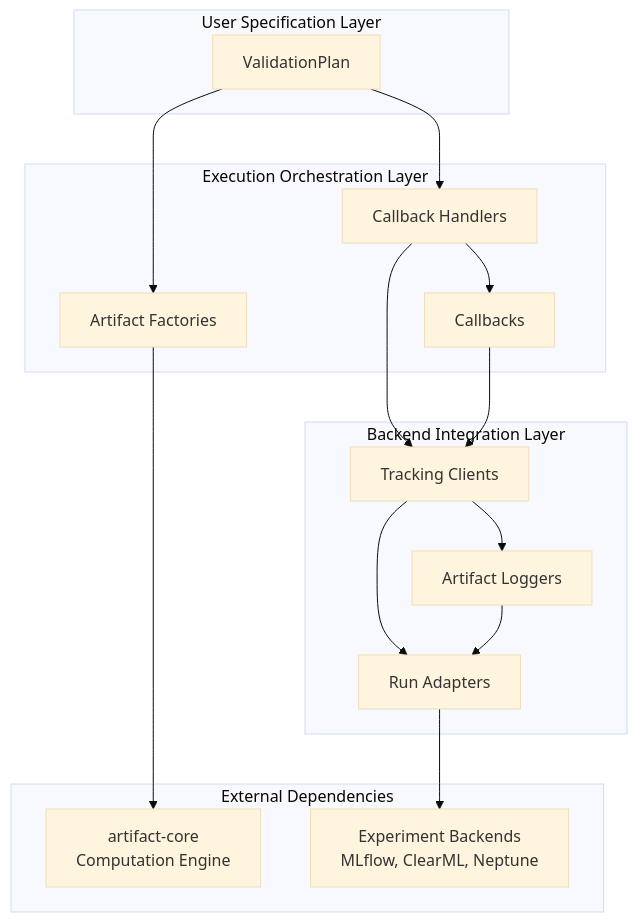
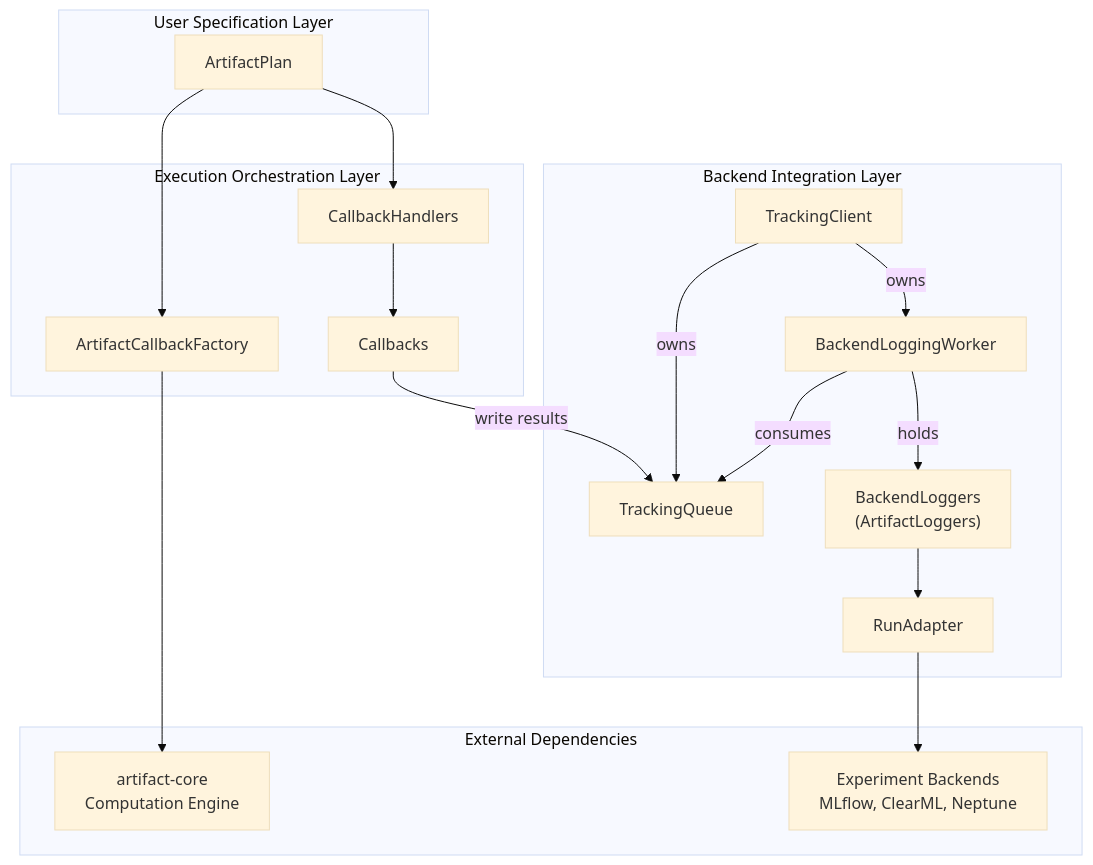
One commit to vasileios-ektor-papoulias/artifact-ml changed the diagram in artifact-experiment/docs/architecture.md. Above: the diagram before and after it, drawn with Mermaid (base theme). The commit also changed 3 other files, not shown here.

Commit message:
Fix artifact-experiment docs: correct plan and tracking client APIs, rewrite backend extension guide

````diff
--- a/artifact-experiment/docs/architecture.md
+++ b/artifact-experiment/docs/architecture.md
@@ -28,34 +28,37 @@
 ```mermaid
 graph TB
     subgraph "User Specification Layer"
-        VP[ValidationPlan]
+        AP[ArtifactPlan]
     end
     
     subgraph "Execution Orchestration Layer"  
-        AF[Artifact Factories]
+        ACF[ArtifactCallbackFactory]
         CB[Callbacks]
-        CBH[Callback Handlers]
+        CBH[CallbackHandlers]
     end
     
     subgraph "Backend Integration Layer"
-        RA[Run Adapters]
-        AL[Artifact Loggers]
-        TC[Tracking Clients]
+        TC[TrackingClient]
+        TQ[TrackingQueue]
+        BLW[BackendLoggingWorker]
+        AL["BackendLoggers<br/>(ArtifactLoggers)"]
+        RA[RunAdapter]
     end
     
     subgraph "External Dependencies"
         AC["artifact-core<br/>Computation Engine"]
         EB["Experiment Backends<br/>MLflow, ClearML, Neptune"]
     end
     
-    VP --> AF
-    VP --> CBH
+    AP --> ACF
+    AP --> CBH
     CBH --> CB
-    CBH --> TC
-    CB --> TC
-    TC --> AL
-    TC --> RA
+    ACF --> AC
+    CB -->|write results| TQ
+    TC -->|owns| TQ
+    TC -->|owns| BLW
+    BLW -->|consumes| TQ
+    BLW -->|holds| AL
     AL --> RA
-    AF --> AC
     RA --> EB
 ```
````
